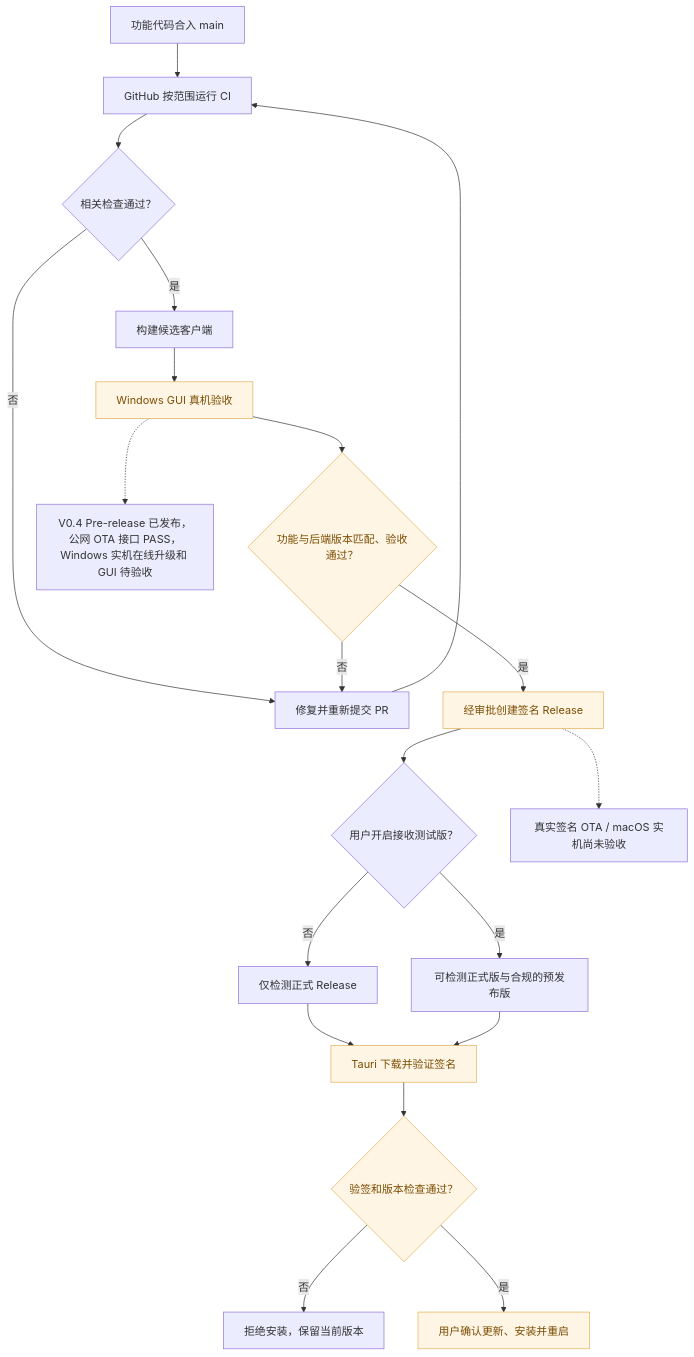
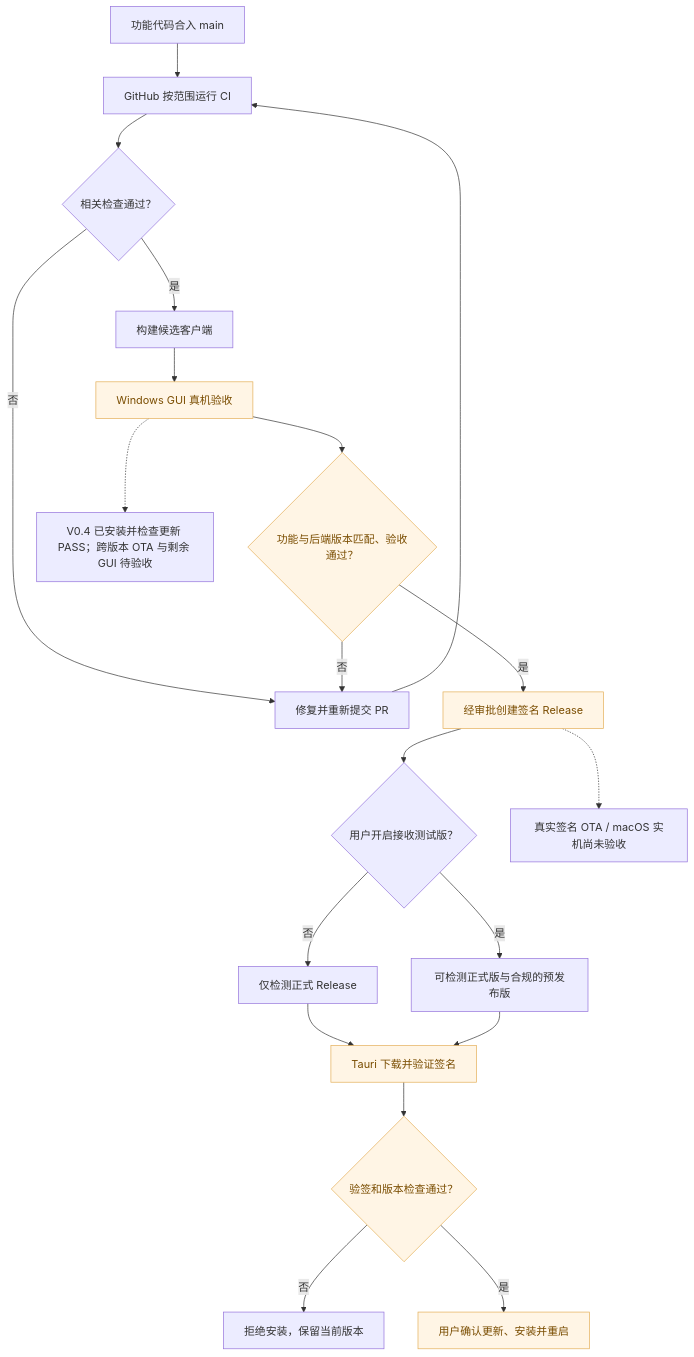
The ninth of 9 diagrams in docs/product/FEATURE-STATUS.md (Fan6512/una-seller), drawn with Mermaid before and after one commit. The commit also changed other lines of this file, not shown here.

Commit message:
docs: record V0.4 partial Windows acceptance and order repair priorities

```diff
--- a/docs/product/FEATURE-STATUS.md
+++ b/docs/product/FEATURE-STATUS.md
@@ -381,26 +382,26 @@
 ~~~mermaid
 flowchart TD
     A["功能代码合入 main"] --> B["GitHub 按范围运行 CI"]
     B --> C{"相关检查通过？"}
     C -->|否| D["修复并重新提交 PR"]
     D --> B
     C -->|是| E["构建候选客户端"]
     E --> F["Windows GUI 真机验收"]
     F --> G{"功能与后端版本匹配、验收通过？"}
     G -->|否| D
     G -->|是| H["经审批创建签名 Release"]
     H --> I{"用户开启接收测试版？"}
     I -->|否| J["仅检测正式 Release"]
     I -->|是| K["可检测正式版与合规的预发布版"]
     J --> L["Tauri 下载并验证签名"]
     K --> L
     L --> M{"验签和版本检查通过？"}
     M -->|否| N["拒绝安装，保留当前版本"]
     M -->|是| O["用户确认更新、安装并重启"]
 
-    F -.-> P["V0.4 Pre-release 已发布，公网 OTA 接口 PASS，Windows 实机在线升级和 GUI 待验收"]
+    F -.-> P["V0.4 已安装并检查更新 PASS；跨版本 OTA 与剩余 GUI 待验收"]
     H -.-> Q["真实签名 OTA / macOS 实机尚未验收"]
 
     classDef verify fill:#fff5e5,color:#7a4d00,stroke:#e3ae56
     class F,G,H,L,M,O verify
 ~~~
```
